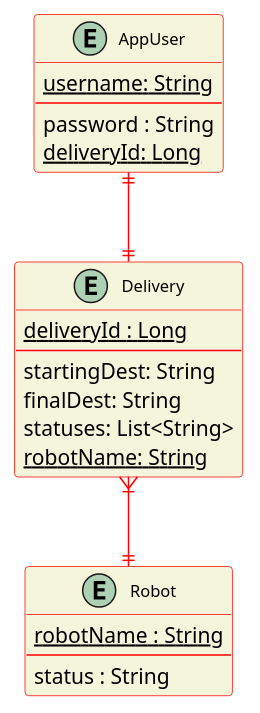
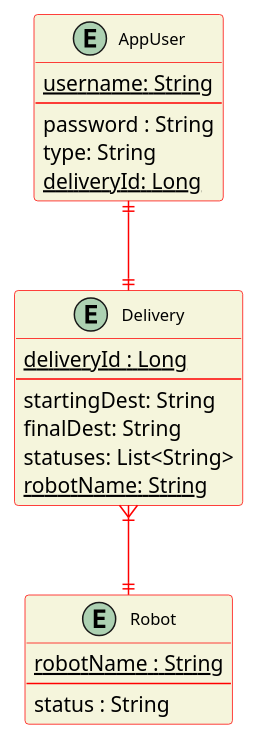
The diagram in diagrams/src/plantuml_files/ER_diagram.plantuml (bardia-p/carleton-mail-delivery-robot), drawn with PlantUML before and after one commit. The commit also changed 8 other files, not shown here.

Commit message:
Added U_TURN to the state machine diagrams and updated the UML and ER.

```diff
--- a/diagrams/src/plantuml_files/ER_diagram.plantuml
+++ b/diagrams/src/plantuml_files/ER_diagram.plantuml
@@ -1,33 +1,34 @@
 @startuml ER_diagram
 skinparam classFontSize 11
 skinparam classBackgroundColor beige
 skinparam ClassBorderColor red
 skinparam ArrowColor red
 
 
 entity "AppUser" as user{
   <u>username: String</u>
   --
   password : String
+  type: String
   ~~deliveryId: Long~~
 }
 
 entity "Delivery" as delivery {
   <u>deliveryId : Long</u>
   --
   startingDest: String
   finalDest: String
   statuses: List<String>
   ~~robotName: String~~
 }
 
 entity "Robot" as robot {
   <u>robotName : String</u>
   --
   status : String
 }
 
 
 user ||--|| delivery
 delivery }|--|| robot
 @enduml
```
